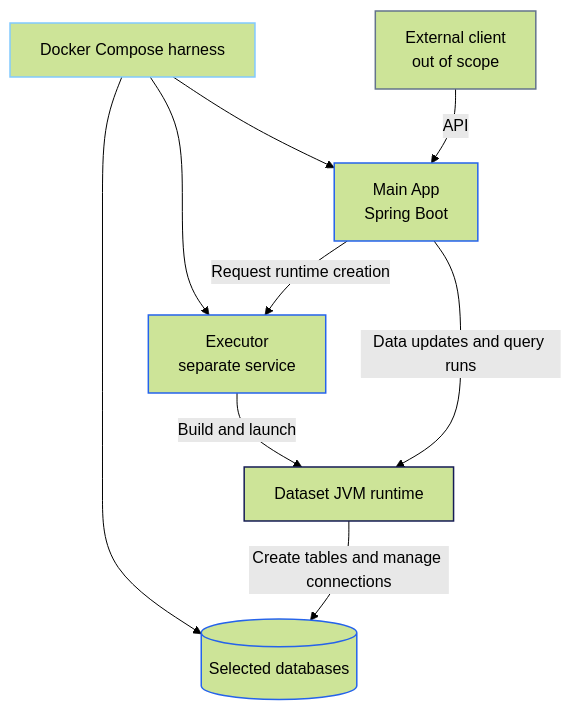
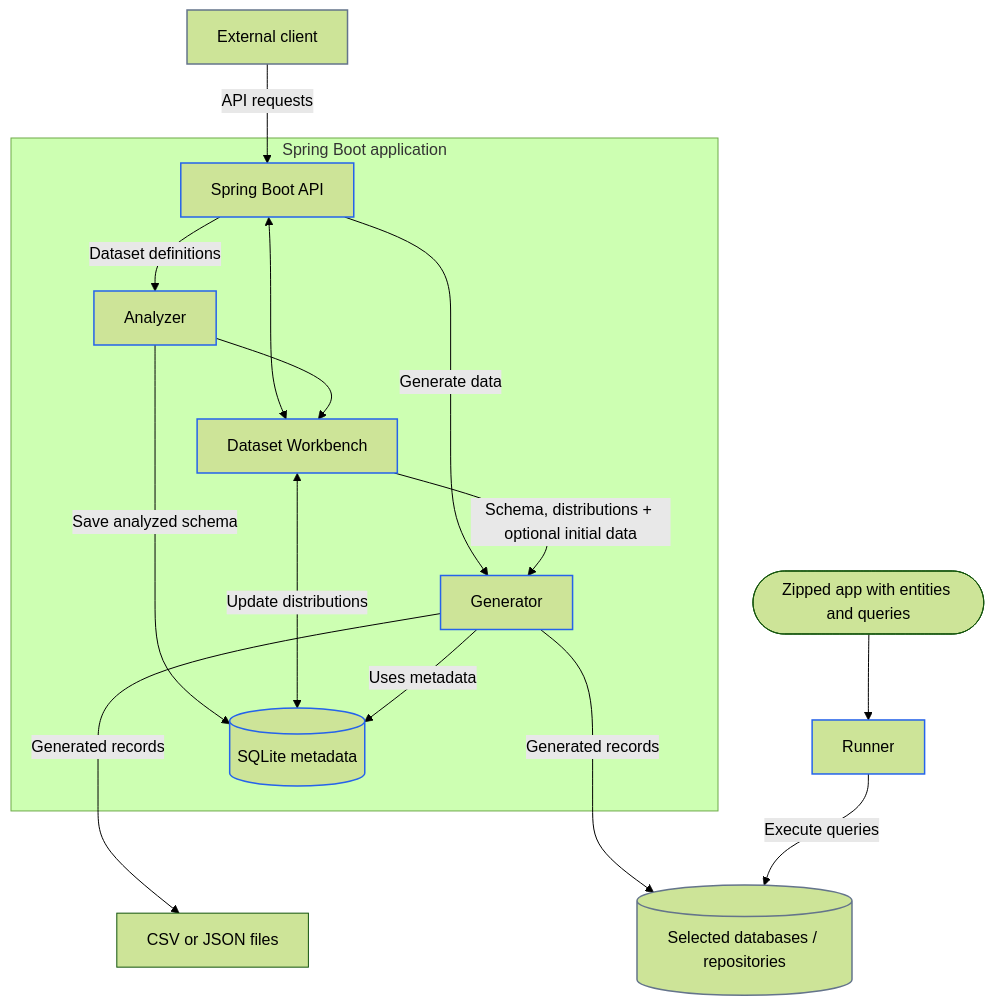
One commit to SimekJan/oxm-benchmark changed the diagram in docs/ARCHITECTURE.md. Above: the diagram before and after it, drawn with Mermaid (forest theme). The commit also changed other lines of this file and 4 other files, not shown here.

Commit message:
Rework architecture after meeting

````diff
--- a/docs/ARCHITECTURE.md
+++ b/docs/ARCHITECTURE.md
@@ -5,20 +9,42 @@
 ```mermaid
 flowchart TD
-    Compose[Docker Compose harness] --> MainApp[Main App<br/>Spring Boot]
-    Compose --> Executor[Executor<br/>separate service]
-    Compose --> Databases[(Selected databases)]
-    Client[External client<br/>out of scope] -->|API| MainApp
-    MainApp -->|Request runtime creation| Executor
-    Executor -->|Build and launch| Runtime[Dataset JVM runtime]
-    MainApp -->|Data updates and query runs| Runtime
-    Runtime -->|Create tables and manage connections| Databases
+    
+    subgraph SPRING_BOOT_APP["Spring Boot application"]
+        API[Spring Boot API]
+        Analyzer[Analyzer]
+        DatasetWorkbench[Dataset Workbench]
+        Generator[Generator]
+        Metadata[(SQLite metadata)]
+    end
 
-    classDef container stroke:#2563EB,stroke-width:1.5px
+    RunInputs([Zipped app with entities and queries])
+    Runner[Runner]
+
+    RunInputs --> Runner
+
+    Client[External client] -->|API requests| API
+
+    API -->|Dataset definitions| Analyzer
+    API <--> DatasetWorkbench
+    API -->|Generate data| Generator
+
+    Analyzer --> DatasetWorkbench
+    Analyzer -->|Save analyzed schema| Metadata
+    
+    DatasetWorkbench -->|Schema, distributions + optional initial data| Generator
+    DatasetWorkbench <-->|Update distributions| Metadata
+    
+    Generator -->|Generated records| DataFiles[CSV or JSON files]
+    Generator -->|Generated records| Databases[(Selected databases / repositories)]
+    Generator -->|Uses metadata| Metadata
+    
+    Runner -->|Execute queries| Databases
+
+    Metadata ~~~ Databases
+    Metadata ~~~ DataFiles
+
     classDef external stroke:#64748B,stroke-width:1.5px
-    classDef docker stroke:#82CAFF,stroke-width:1.5px
-    classDef runtime stroke:#151B54,stroke-width:1.5px
-    class MainApp,Executor,Databases container
-    class Client external
-    class Compose docker
-    class Runtime runtime
+    classDef mainApp stroke:#2563EB,stroke-width:1.5px
+    class Client,Databases external
+    class API,Analyzer,Generator,Runner,Metadata,DatasetWorkbench mainApp
 ```
````
